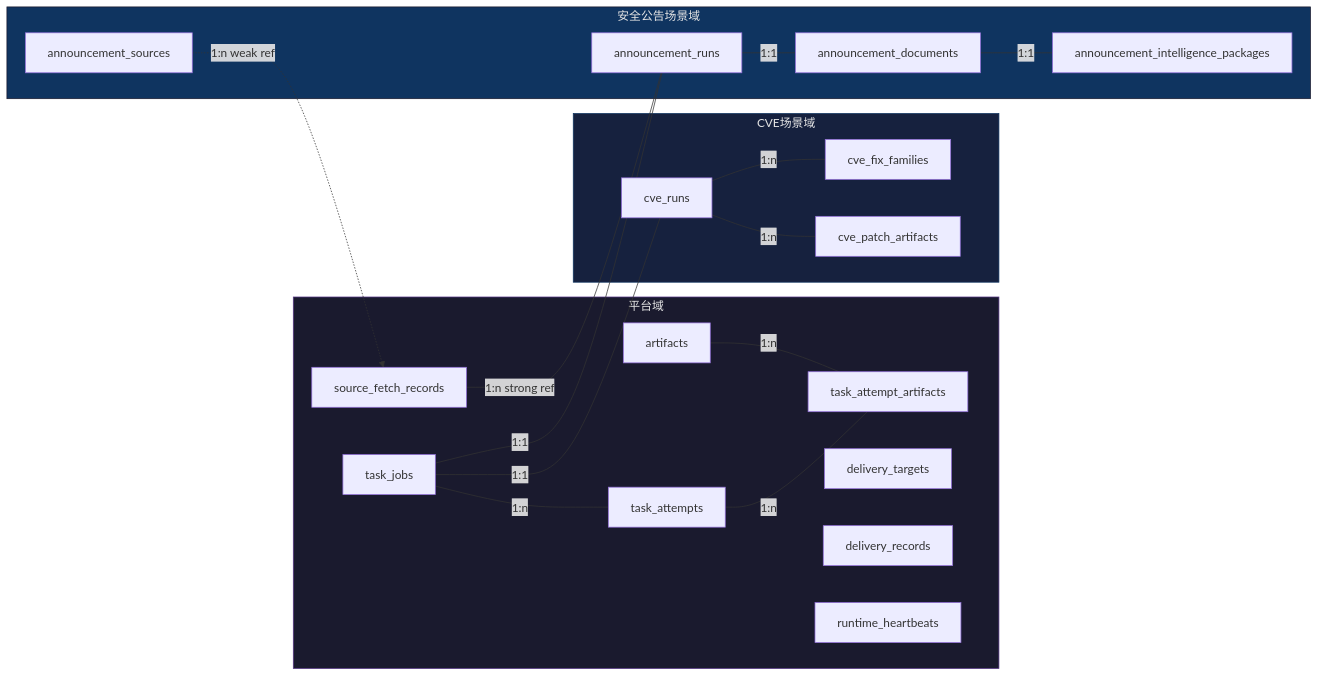
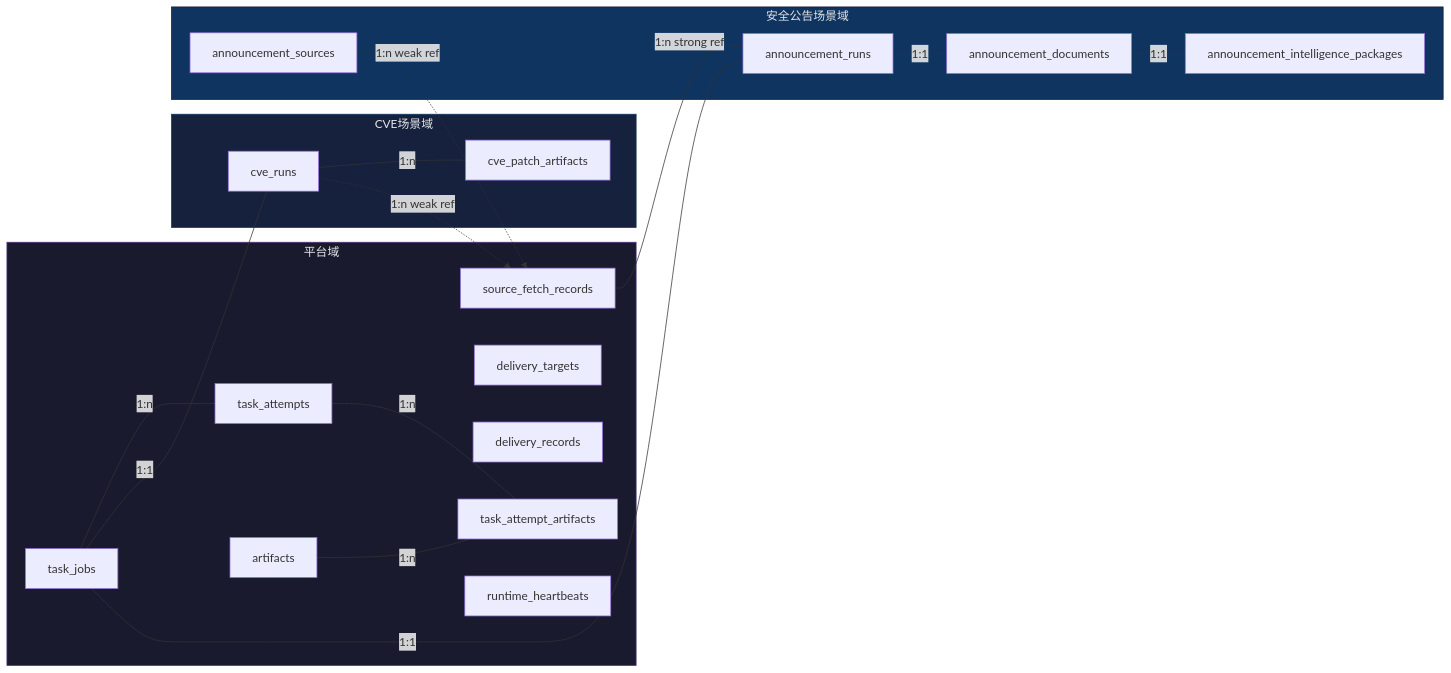
One commit to coeoo/AetherFlow changed the first of 2 diagrams in docs/03-系统架构/数据库设计.md. Above: the diagram before and after it, drawn with Mermaid. The commit also changed other lines of this file and 35 other files, not shown here.

````diff
--- a/docs/03-系统架构/数据库设计.md
+++ b/docs/03-系统架构/数据库设计.md
@@ -31,42 +31,41 @@
 ```mermaid
 flowchart LR
     subgraph 平台域
         TJ["task_jobs"]
         TA["task_attempts"]
         TAA["task_attempt_artifacts"]
         DT["delivery_targets"]
         DR["delivery_records"]
         AF["artifacts"]
         SF["source_fetch_records"]
         RH["runtime_heartbeats"]
     end
 
     subgraph CVE场景域
         CR["cve_runs"]
-        CF["cve_fix_families"]
         CP["cve_patch_artifacts"]
     end
 
     subgraph 安全公告场景域
         AS["announcement_sources"]
         AR["announcement_runs"]
         AD["announcement_documents"]
         AI["announcement_intelligence_packages"]
     end
 
     TJ ---|1:n| TA
     TA ---|1:n| TAA
     AF ---|1:n| TAA
     TJ ---|1:1| CR
     TJ ---|1:1| AR
-    CR ---|1:n| CF
     CR ---|1:n| CP
+    CR -.->|1:n weak ref| SF
     AS -.->|1:n weak ref| SF
     SF ---|1:n strong ref| AR
     AR ---|1:1| AD
     AD ---|1:1| AI
 
     style 平台域 fill:#1a1a2e,stroke:#533483,color:#e4e4e4
     style CVE场景域 fill:#16213e,stroke:#0f3460,color:#e4e4e4
     style 安全公告场景域 fill:#0f3460,stroke:#1a1a2e,color:#e4e4e4
 ```
````
